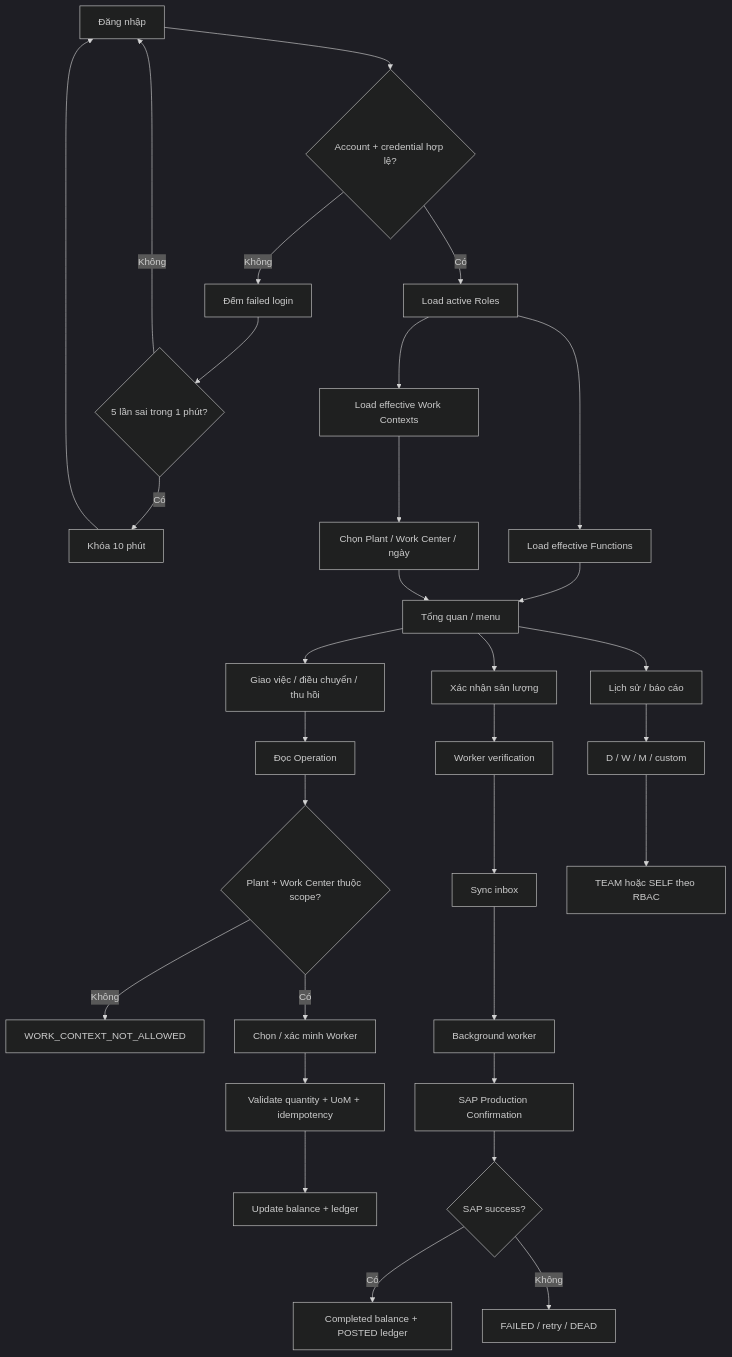
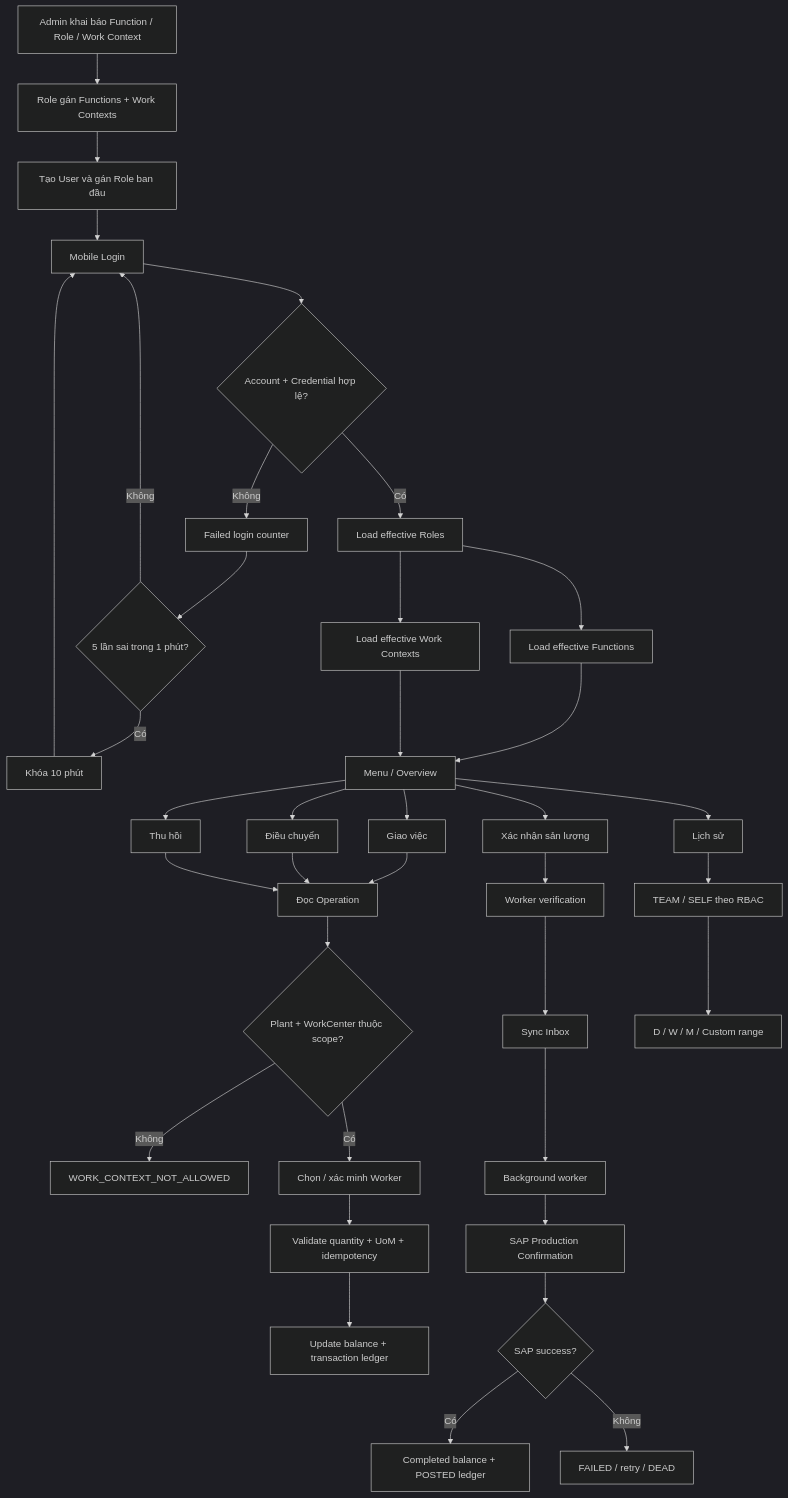
One commit to nguyenduckhiem1002-dot/abap_casla_app_mobile changed the diagram in README.md. Above: the diagram before and after it, drawn with Mermaid (dark theme). The commit also changed other lines of this file, not shown here.

Commit message:
Rewrite README to match end-to-end business flow

````diff
--- a/README.md
+++ b/README.md
@@ -25,37 +25,46 @@
 ```mermaid
 flowchart TD
-    A[Đăng nhập] --> B{Account + credential hợp lệ?}
-    B -- Không --> C[Đếm failed login]
-    C --> D{5 lần sai trong 1 phút?}
-    D -- Có --> E[Khóa 10 phút]
-    D -- Không --> A
-    E --> A
+    A[Admin khai báo Function / Role / Work Context] --> B[Role gán Functions + Work Contexts]
+    B --> C[Tạo User và gán Role ban đầu]
+    C --> D[Mobile Login]
 
-    B -- Có --> F[Load active Roles]
-    F --> G[Load effective Functions]
-    F --> H[Load effective Work Contexts]
-    H --> I[Chọn Plant / Work Center / ngày]
-    G --> J[Tổng quan / menu]
-    I --> J
+    D --> E{Account + Credential hợp lệ?}
+    E -- Không --> F[Failed login counter]
+    F --> G{5 lần sai trong 1 phút?}
+    G -- Có --> H[Khóa 10 phút]
+    G -- Không --> D
+    H --> D
 
-    J --> K[Giao việc / điều chuyển / thu hồi]
-    K --> L[Đọc Operation]
-    L --> M{Plant + Work Center thuộc scope?}
-    M -- Không --> N[WORK_CONTEXT_NOT_ALLOWED]
-    M -- Có --> O[Chọn / xác minh Worker]
-    O --> P[Validate quantity + UoM + idempotency]
-    P --> Q[Update balance + ledger]
+    E -- Có --> I[Load effective Roles]
+    I --> J[Load effective Functions]
+    I --> K[Load effective Work Contexts]
+    J --> L[Menu / Overview]
+    K --> L
 
-    J --> R[Xác nhận sản lượng]
-    R --> S[Worker verification]
-    S --> T[Sync inbox]
-    T --> U[Background worker]
-    U --> V[SAP Production Confirmation]
-    V --> W{SAP success?}
-    W -- Có --> X[Completed balance + POSTED ledger]
-    W -- Không --> Y[FAILED / retry / DEAD]
+    L --> M[Giao việc]
+    L --> N[Điều chuyển]
+    L --> O[Thu hồi]
+    L --> P[Xác nhận sản lượng]
+    L --> Q[Lịch sử]
 
-    J --> Z[Lịch sử / báo cáo]
-    Z --> ZA[D / W / M / custom]
-    ZA --> ZB[TEAM hoặc SELF theo RBAC]
+    M --> R[Đọc Operation]
+    N --> R
+    O --> R
+
+    R --> S{Plant + WorkCenter thuộc scope?}
+    S -- Không --> T[WORK_CONTEXT_NOT_ALLOWED]
+    S -- Có --> U[Chọn / xác minh Worker]
+    U --> V[Validate quantity + UoM + idempotency]
+    V --> W[Update balance + transaction ledger]
+
+    P --> X[Worker verification]
+    X --> Y[Sync Inbox]
+    Y --> Z[Background worker]
+    Z --> AA[SAP Production Confirmation]
+    AA --> AB{SAP success?}
+    AB -- Có --> AC[Completed balance + POSTED ledger]
+    AB -- Không --> AD[FAILED / retry / DEAD]
+
+    Q --> AE[TEAM / SELF theo RBAC]
+    AE --> AF[D / W / M / Custom range]
 ```
````
